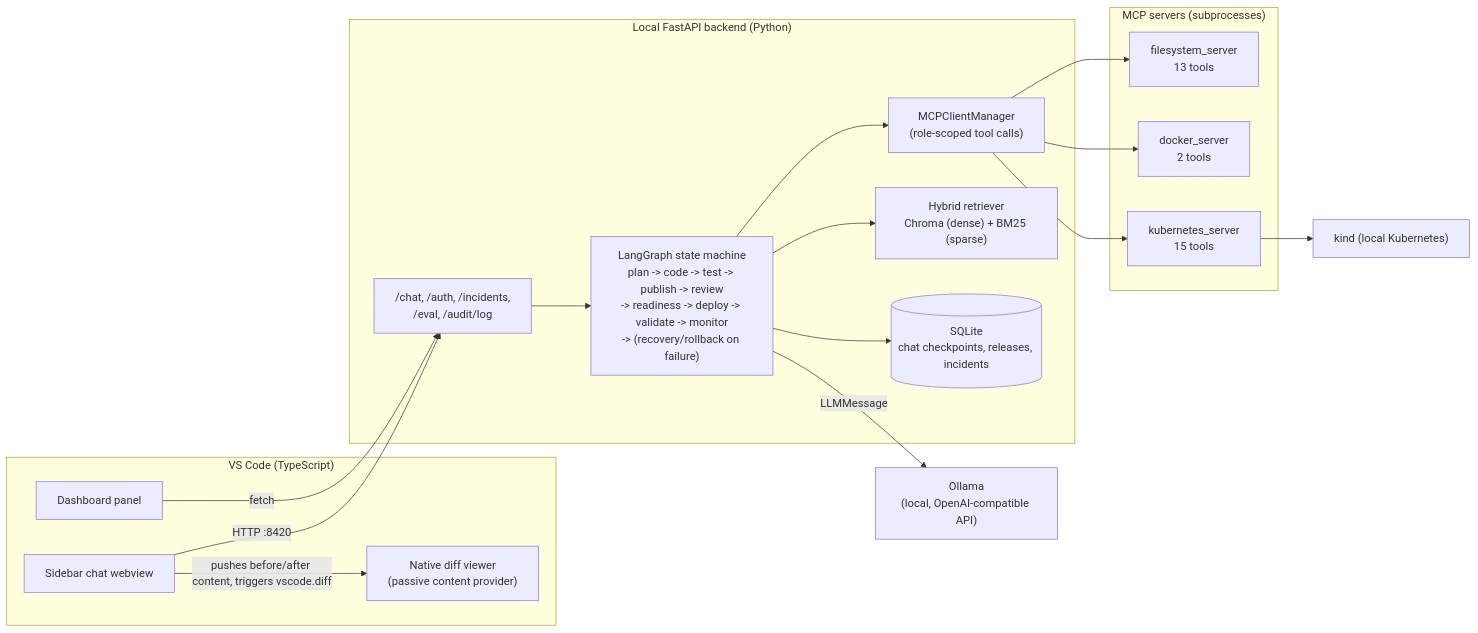
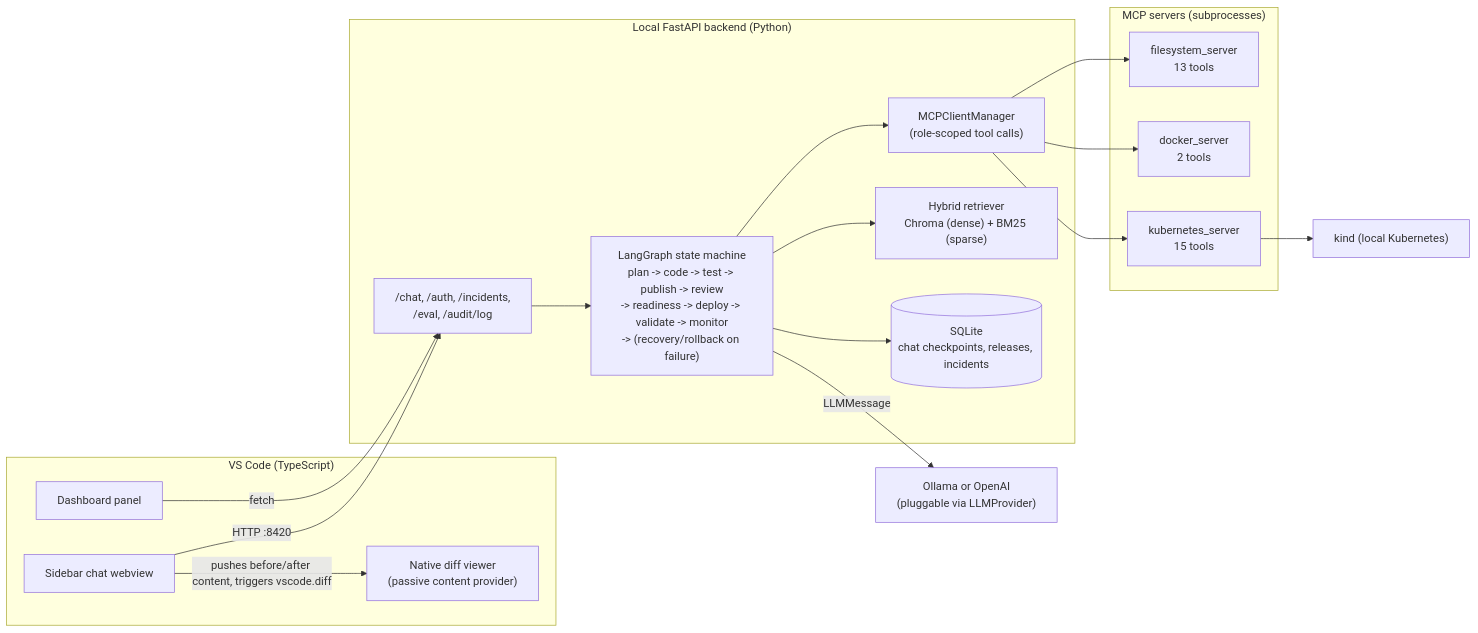
One commit to 111satwika/ReleaseForge-AI changed the diagram in README.md. Above: the diagram before and after it, drawn with Mermaid. The commit also changed other lines of this file and 1 other file, not shown here.

First line of the commit message:
Update every place Ollama was described as the only LLM provider

````diff
--- a/README.md
+++ b/README.md
@@ -38,38 +38,38 @@
 ```mermaid
 flowchart LR
     subgraph Editor["VS Code (TypeScript)"]
         Chat["Sidebar chat webview"]
         Diff["Native diff viewer\n(passive content provider)"]
         Dash["Dashboard panel"]
     end
 
     subgraph Backend["Local FastAPI backend (Python)"]
         API["/chat, /auth, /incidents,\n/eval, /audit/log"]
         Graph["LangGraph state machine\nplan -> code -> test -> publish -> review\n-> readiness -> deploy -> validate -> monitor\n-> (recovery/rollback on failure)"]
         MCP["MCPClientManager\n(role-scoped tool calls)"]
         RAG["Hybrid retriever\nChroma (dense) + BM25 (sparse)"]
         DB[("SQLite\nchat checkpoints, releases, incidents")]
     end
 
     subgraph Tools["MCP servers (subprocesses)"]
         FS["filesystem_server\n13 tools"]
         DK["docker_server\n2 tools"]
         K8S["kubernetes_server\n15 tools"]
     end
 
-    LLM["Ollama\n(local, OpenAI-compatible API)"]
+    LLM["Ollama or OpenAI\n(pluggable via LLMProvider)"]
     Cluster["kind (local Kubernetes)"]
 
     Chat -- HTTP :8420 --> API
     API --> Graph
     Graph --> MCP
     Graph --> RAG
     Graph --> DB
     Graph -- LLMMessage --> LLM
     MCP --> FS
     MCP --> DK
     MCP --> K8S
     K8S --> Cluster
     Chat -- pushes before/after content, triggers vscode.diff --> Diff
     Dash -- fetch --> API
 ```
````
